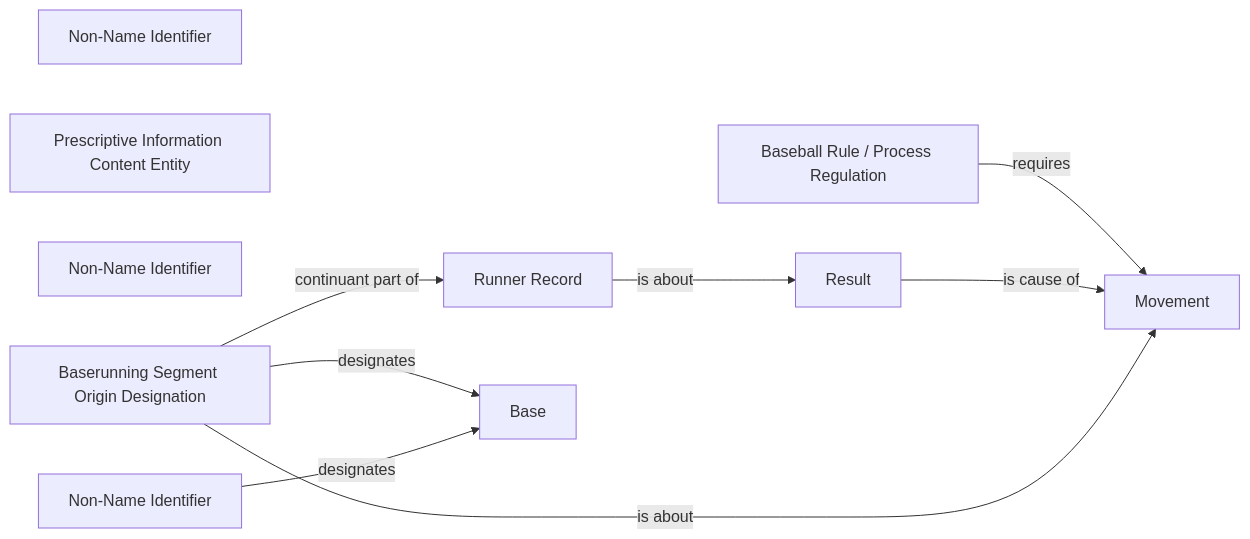
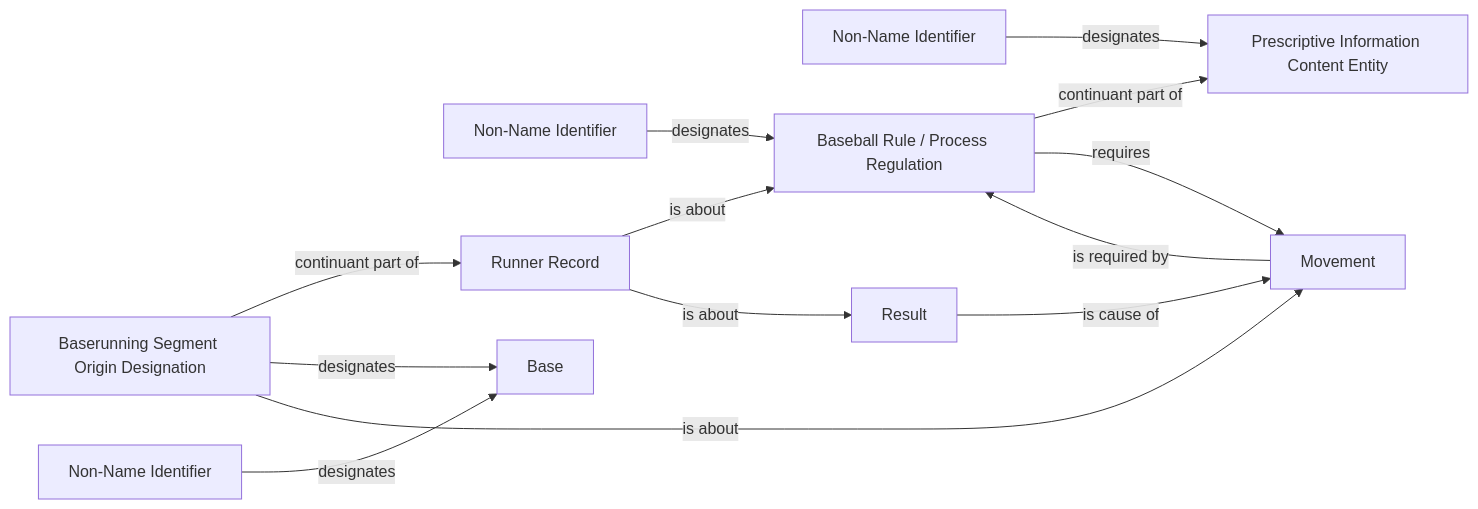
The diagram in Baseball/mermaid/patterns/ontology/63-award-cause-and-segment-origin.md (CarterBeauBenson/BaseballO), drawn with Mermaid before and after one commit. The commit also changed other lines of this file and 152 other files, not shown here.

````diff
--- a/Baseball/mermaid/patterns/ontology/63-award-cause-and-segment-origin.md
+++ b/Baseball/mermaid/patterns/ontology/63-award-cause-and-segment-origin.md
@@ -10,20 +10,25 @@
 ```mermaid
 flowchart LR
     N01["Non-Name Identifier"]
     N02["Prescriptive Information Content Entity"]
     N03["Non-Name Identifier"]
     N04["Baseball Rule / Process Regulation"]
     N05["Result"]
     N06["Movement"]
     N07["Runner Record"]
     N08["Baserunning Segment Origin Designation"]
     N09["Base"]
     N10["Non-Name Identifier"]
+    N01 -->|designates| N02
+    N03 -->|designates| N04
+    N04 -->|continuant part of| N02
     N04 -->|requires| N06
     N05 -->|is cause of| N06
+    N06 -->|is required by| N04
+    N07 -->|is about| N04
     N07 -->|is about| N05
     N08 -->|continuant part of| N07
     N08 -->|designates| N09
     N08 -->|is about| N06
     N10 -->|designates| N09
 ```
````
